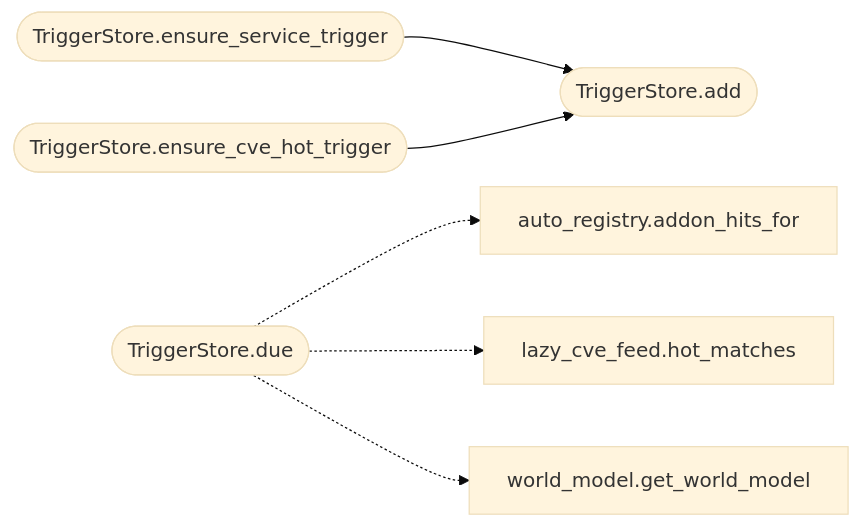
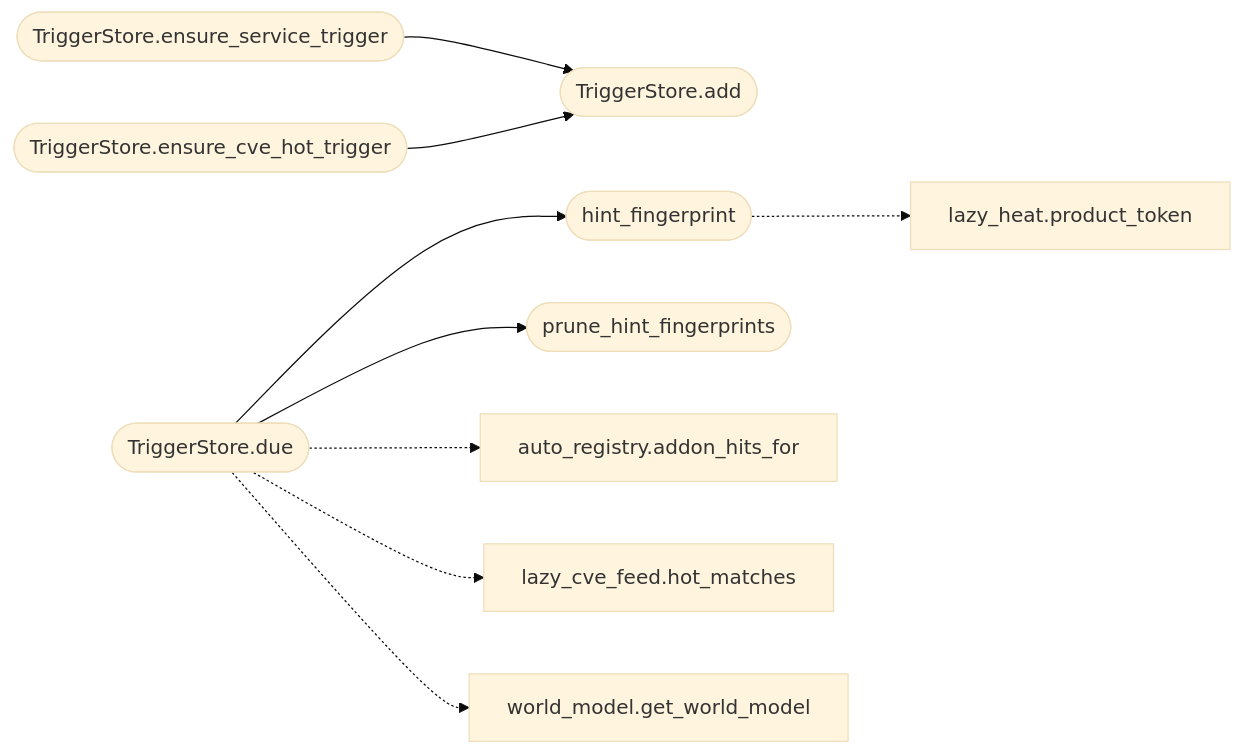
The diagram in readmenator-apidocs/modules/modules.loop_triggers.py.md (grisuno/LazyOwn), drawn with Mermaid (base theme) before and after one commit. The commit also changed other lines of this file and 216 other files, not shown here.

First line of the commit message:
feat: intel graph svg report appendix, hint fingerprint dedup, lab-only default scope guard, lazykerninc addon for cve-2026-40369

````diff
--- a/readmenator-apidocs/modules/modules.loop_triggers.py.md
+++ b/readmenator-apidocs/modules/modules.loop_triggers.py.md
@@ -23,15 +30,21 @@
 ```mermaid
 flowchart LR
     n_modules_loop_triggers_py__TriggerStore_ensure_service_trigger(["TriggerStore.ensure_service_trigger"])
     n_modules_loop_triggers_py__TriggerStore_add(["TriggerStore.add"])
     n_modules_loop_triggers_py__TriggerStore_ensure_cve_hot_trigger(["TriggerStore.ensure_cve_hot_trigger"])
     n_modules_loop_triggers_py__TriggerStore_due(["TriggerStore.due"])
+    n_modules_loop_triggers_py__hint_fingerprint(["hint_fingerprint"])
+    n_modules_loop_triggers_py__prune_hint_fingerprints(["prune_hint_fingerprints"])
+    n_modules_lazy_heat_py__product_token["lazy_heat.product_token"]
     n_modules_auto_registry_py__addon_hits_for["auto_registry.addon_hits_for"]
     n_modules_lazy_cve_feed_py__hot_matches["lazy_cve_feed.hot_matches"]
     n_modules_world_model_py__get_world_model["world_model.get_world_model"]
     n_modules_loop_triggers_py__TriggerStore_ensure_service_trigger --> n_modules_loop_triggers_py__TriggerStore_add
     n_modules_loop_triggers_py__TriggerStore_ensure_cve_hot_trigger --> n_modules_loop_triggers_py__TriggerStore_add
+    n_modules_loop_triggers_py__TriggerStore_due --> n_modules_loop_triggers_py__hint_fingerprint
+    n_modules_loop_triggers_py__TriggerStore_due --> n_modules_loop_triggers_py__prune_hint_fingerprints
+    n_modules_loop_triggers_py__hint_fingerprint -.-> n_modules_lazy_heat_py__product_token
     n_modules_loop_triggers_py__TriggerStore_due -.-> n_modules_auto_registry_py__addon_hits_for
     n_modules_loop_triggers_py__TriggerStore_due -.-> n_modules_lazy_cve_feed_py__hot_matches
     n_modules_loop_triggers_py__TriggerStore_due -.-> n_modules_world_model_py__get_world_model
 ```
````
